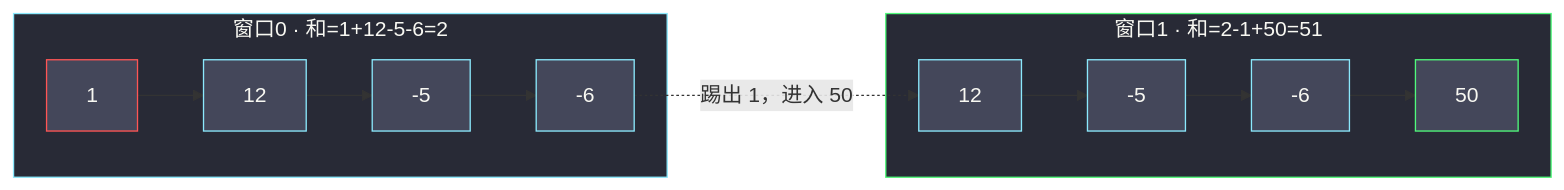
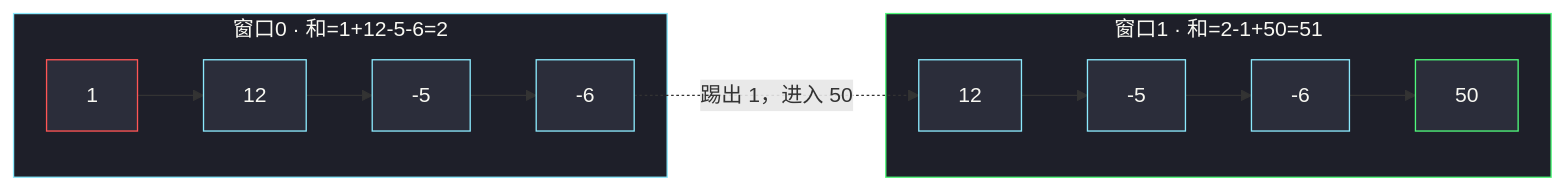
Before and after one commit to socoo123/algorithm_pratices_web: the second of 3 diagrams in solutions/base/maximum-average-subarray-i.md, drawn with Mermaid. The commit also changed other lines of this file and 10 other files, not shown here.

First line of the commit message:
Fix Mermaid contrast on parchment theme and add #438 solution.

````diff
--- a/solutions/base/maximum-average-subarray-i.md
+++ b/solutions/base/maximum-average-subarray-i.md
@@ -113,21 +113,21 @@
 ```mermaid
 flowchart LR
     subgraph W0["窗口0 · 和=1+12-5-6=2"]
         a0["1"] --> a1["12"] --> a2["-5"] --> a3["-6"]
     end
     a3 -.->|"踢出 1，进入 50"| b0
     subgraph W1["窗口1 · 和=2-1+50=51"]
         b0["12"] --> b1["-5"] --> b2["-6"] --> b3["50"]
     end
 
-    style W0 fill:#282a36,stroke:#8be9fd,color:#f8f8f2
-    style W1 fill:#282a36,stroke:#50fa7b,color:#f8f8f2
-    style a0 fill:#44475a,stroke:#ff5555,color:#f8f8f2
-    style a1 fill:#44475a,stroke:#8be9fd,color:#f8f8f2
-    style a2 fill:#44475a,stroke:#8be9fd,color:#f8f8f2
-    style a3 fill:#44475a,stroke:#8be9fd,color:#f8f8f2
-    style b0 fill:#44475a,stroke:#8be9fd,color:#f8f8f2
-    style b1 fill:#44475a,stroke:#8be9fd,color:#f8f8f2
-    style b2 fill:#44475a,stroke:#8be9fd,color:#f8f8f2
-    style b3 fill:#44475a,stroke:#50fa7b,color:#f8f8f2
+    style W0 fill:#1e1f29,stroke:#8be9fd,color:#f8f8f2
+    style W1 fill:#1e1f29,stroke:#50fa7b,color:#f8f8f2
+    style a0 fill:#2b2d3a,stroke:#ff5555,color:#f8f8f2
+    style a1 fill:#2b2d3a,stroke:#8be9fd,color:#f8f8f2
+    style a2 fill:#2b2d3a,stroke:#8be9fd,color:#f8f8f2
+    style a3 fill:#2b2d3a,stroke:#8be9fd,color:#f8f8f2
+    style b0 fill:#2b2d3a,stroke:#8be9fd,color:#f8f8f2
+    style b1 fill:#2b2d3a,stroke:#8be9fd,color:#f8f8f2
+    style b2 fill:#2b2d3a,stroke:#8be9fd,color:#f8f8f2
+    style b3 fill:#2b2d3a,stroke:#50fa7b,color:#f8f8f2
 ```
````
